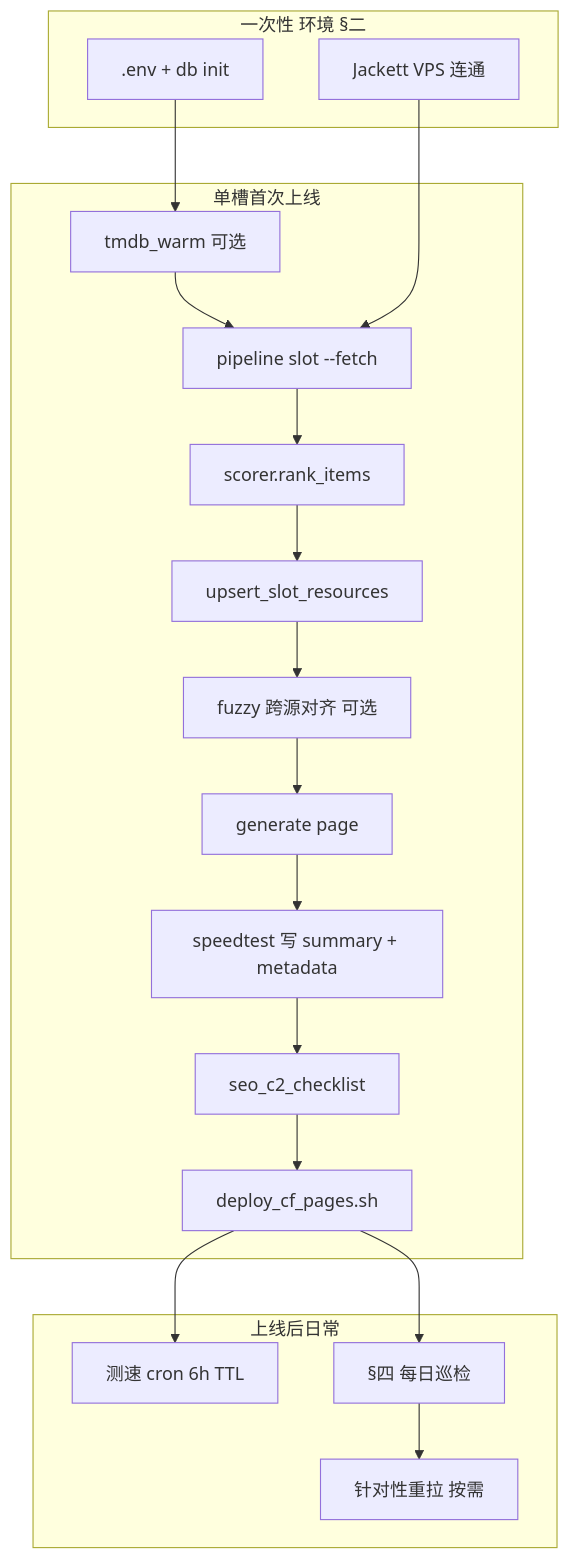
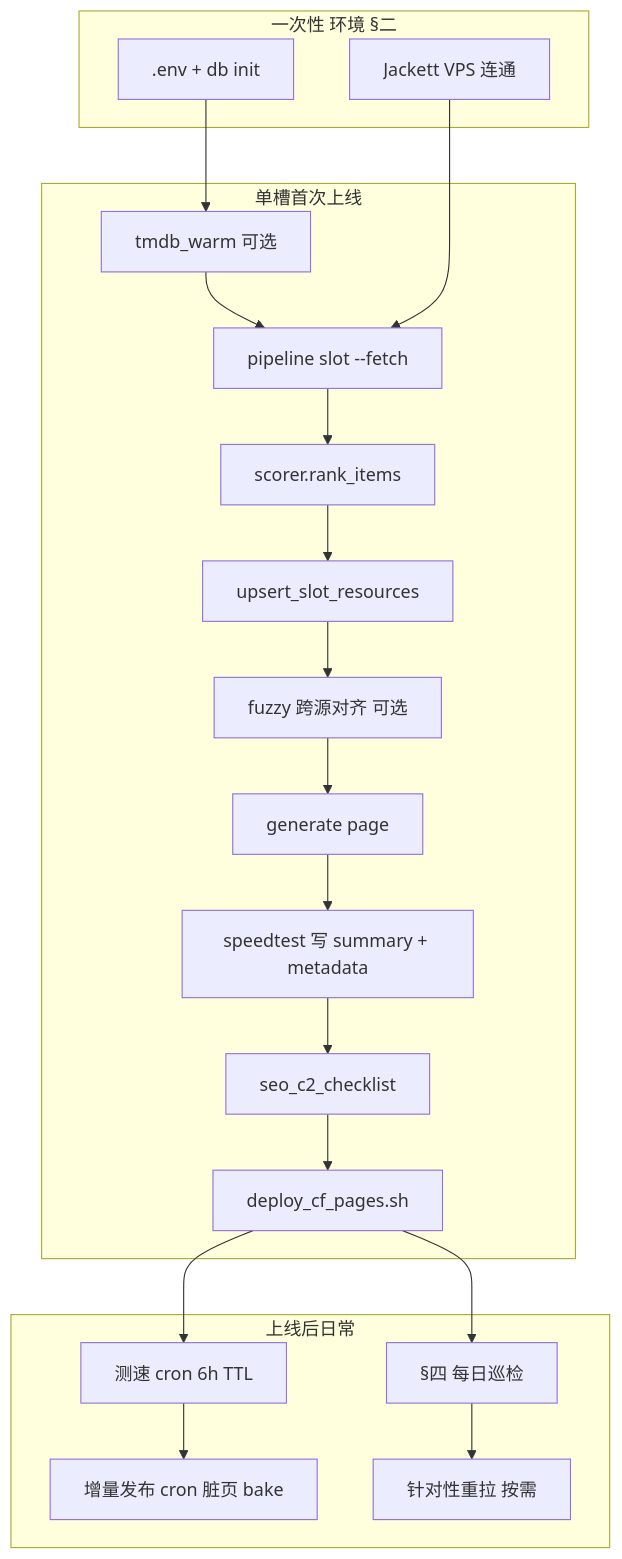
One commit to matthewxu/releasematch changed the first of 4 diagrams in releasematch/docs/12-日常运营执行手册.md. Above: the diagram before and after it, drawn with Mermaid. The commit also changed other lines of this file and 12 other files, not shown here.

````diff
--- a/releasematch/docs/12-日常运营执行手册.md
+++ b/releasematch/docs/12-日常运营执行手册.md
@@ -67,29 +69,31 @@
 ```mermaid
 flowchart TB
     subgraph once [一次性 环境 §二]
         ENV[.env + db init]
         JKT[Jackett VPS 连通]
     end
     subgraph slot [单槽首次上线]
         WARM[tmdb_warm 可选]
         FETCH[pipeline slot --fetch]
         SCORE[scorer.rank_items]
         WRITE[upsert_slot_resources]
         FUZZY[fuzzy 跨源对齐 可选]
         GEN[generate page]
         SPEED[speedtest 写 summary + metadata]
         SEO[seo_c2_checklist]
         DEPLOY[deploy_cf_pages.sh]
     end
     subgraph daily [上线后日常]
         CRON[测速 cron 6h TTL]
+        PUB[增量发布 cron 脏页 bake]
         PATROL[§四 每日巡检]
         RETRY[针对性重拉 按需]
     end
     ENV --> WARM --> FETCH
     JKT --> FETCH
     FETCH --> SCORE --> WRITE --> FUZZY --> GEN --> SPEED --> SEO --> DEPLOY
     DEPLOY --> CRON
+    CRON --> PUB
     DEPLOY --> PATROL
     PATROL --> RETRY
 ```
````
